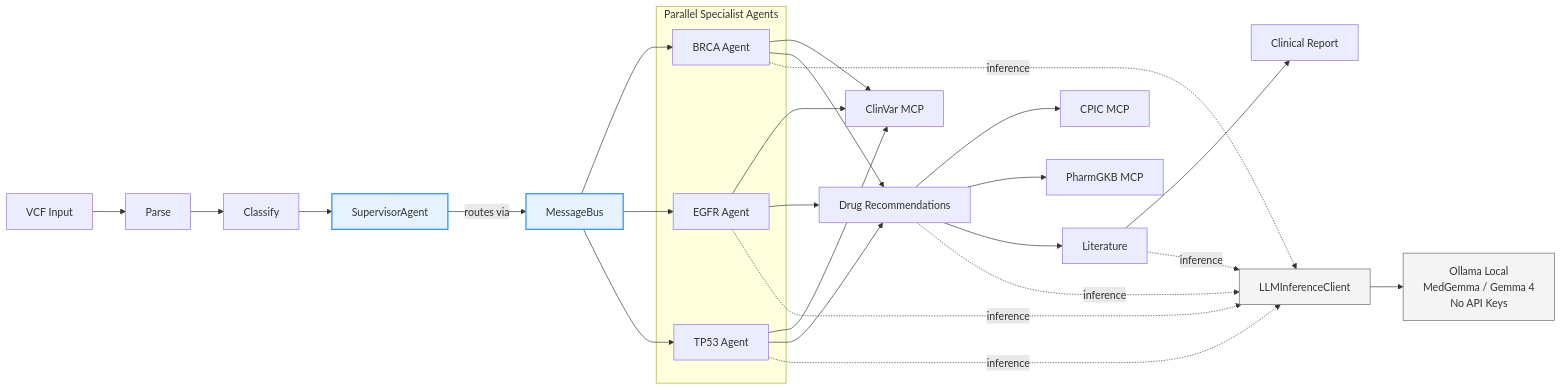
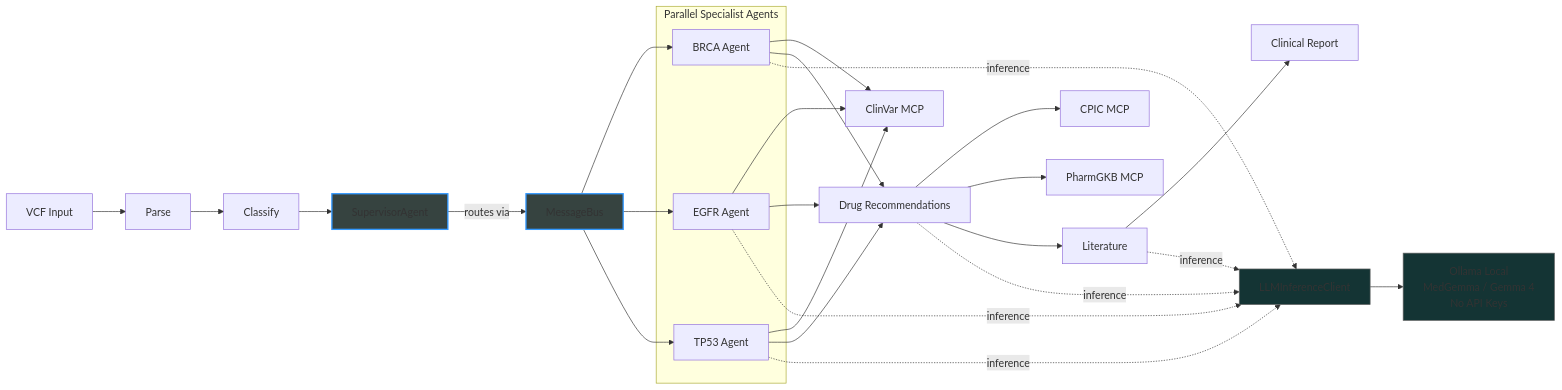
The diagram in readme.md (drthgz/PharmaGenomics-Advisor), drawn with Mermaid before and after one commit.

Commit message:
mermaid formatting

````diff
--- a/readme.md
+++ b/readme.md
@@ -61,43 +61,43 @@
 ```mermaid
 flowchart LR
         VCF[VCF Input] --> PARSE[Parse]
         PARSE --> CLASSIFY[Classify]
 
         CLASSIFY --> SUPERVISOR[SupervisorAgent]:::agent
 
         subgraph SPECIALISTS[Parallel Specialist Agents]
                 BRCA[BRCA Agent]
                 EGFR[EGFR Agent]
                 TP53[TP53 Agent]
         end
 
         SUPERVISOR -->|routes via| MSGBUS[MessageBus]:::agent
         MSGBUS --> BRCA
         MSGBUS --> EGFR
         MSGBUS --> TP53
 
         BRCA --> CLINVAR[ClinVar MCP]
         EGFR --> CLINVAR
         TP53 --> CLINVAR
 
         BRCA --> DRUG[Drug Recommendations]
         EGFR --> DRUG
         TP53 --> DRUG
 
         DRUG --> CPIC[CPIC MCP]
         DRUG --> PHARMGKB[PharmGKB MCP]
         DRUG --> LIT[Literature]
         LIT --> REPORT[Clinical Report]
 
         LLMCLIENT[LLMInferenceClient]:::infra
         OLLAMA[Ollama Local\nMedGemma / Gemma 4\nNo API Keys]:::infra
         LLMCLIENT --> OLLAMA
         BRCA -.inference.-> LLMCLIENT
         EGFR -.inference.-> LLMCLIENT
         TP53 -.inference.-> LLMCLIENT
         DRUG -.inference.-> LLMCLIENT
         LIT -.inference.-> LLMCLIENT
 
-        classDef infra fill:#f4f4f4,stroke:#666,stroke-width:1px;
-        classDef agent fill:#e6f3ff,stroke:#3399ff,stroke-width:2px;
+        classDef infra fill:#143434,stroke:#666,stroke-width:1px;
+        classDef agent fill:#364340,stroke:#3399ff,stroke-width:2px;
 ```
````
